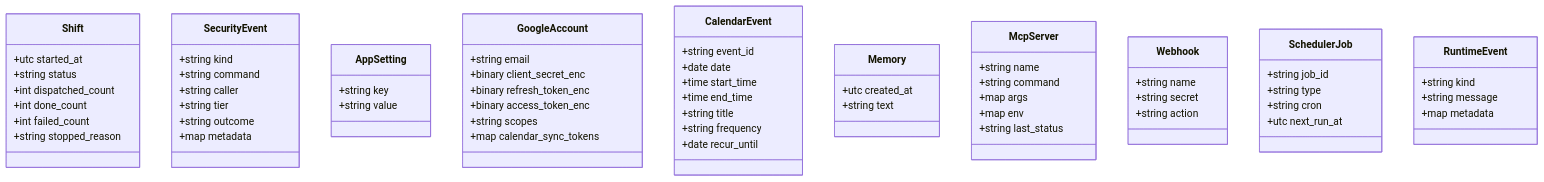
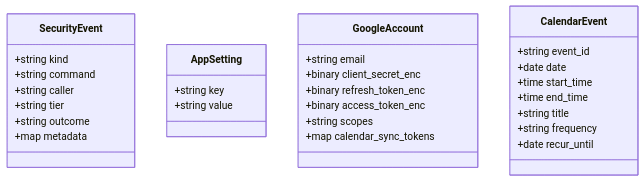
The fourth of 8 diagrams in docs/UML.md (hightowerbuilds/buster-claw), drawn with Mermaid before and after one commit. The commit also changed other lines of this file and 82 other files, not shown here.

````diff
--- a/docs/UML.md
+++ b/docs/UML.md
@@ -196,67 +170,32 @@
 ```mermaid
 classDiagram
-    class Shift {
-        +utc started_at
-        +string status
-        +int dispatched_count
-        +int done_count
-        +int failed_count
-        +string stopped_reason
-    }
     class SecurityEvent {
         +string kind
         +string command
         +string caller
         +string tier
         +string outcome
         +map metadata
     }
     class AppSetting {
         +string key
         +string value
     }
     class GoogleAccount {
         +string email
         +binary client_secret_enc
         +binary refresh_token_enc
         +binary access_token_enc
         +string scopes
         +map calendar_sync_tokens
     }
     class CalendarEvent {
         +string event_id
         +date date
         +time start_time
         +time end_time
         +string title
         +string frequency
         +date recur_until
     }
-    class Memory {
-        +utc created_at
-        +string text
-    }
-    class McpServer {
-        +string name
-        +string command
-        +map args
-        +map env
-        +string last_status
-    }
-    class Webhook {
-        +string name
-        +string secret
-        +string action
-    }
-    class SchedulerJob {
-        +string job_id
-        +string type
-        +string cron
-        +utc next_run_at
-    }
-    class RuntimeEvent {
-        +string kind
-        +string message
-        +map metadata
-    }
 ```
````
